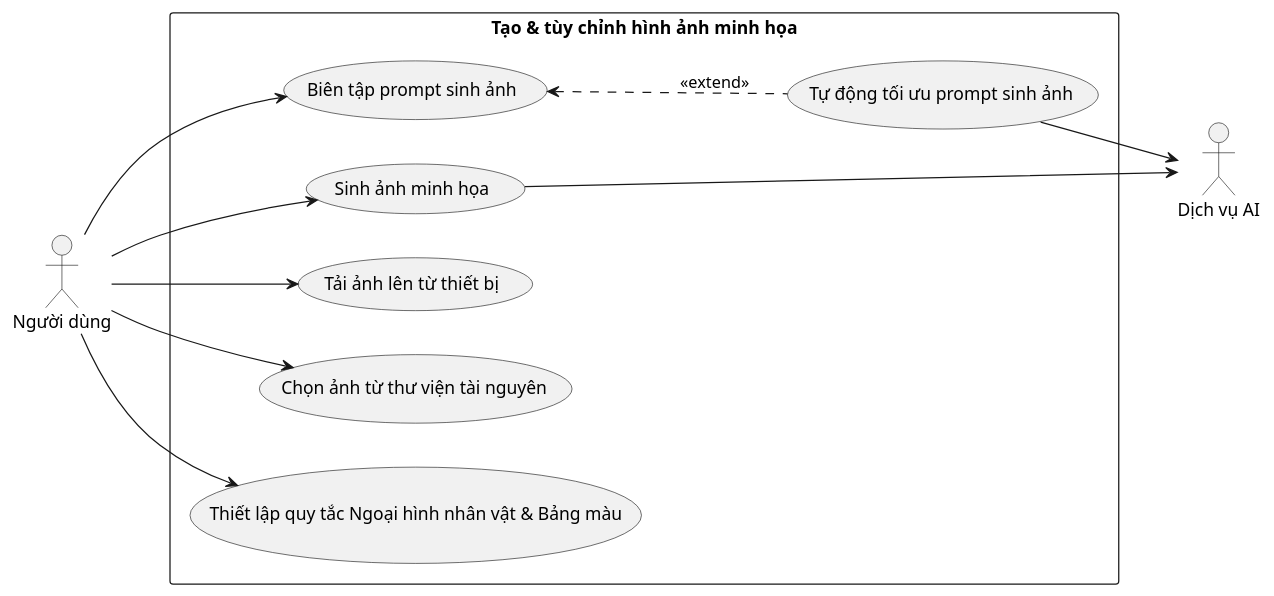
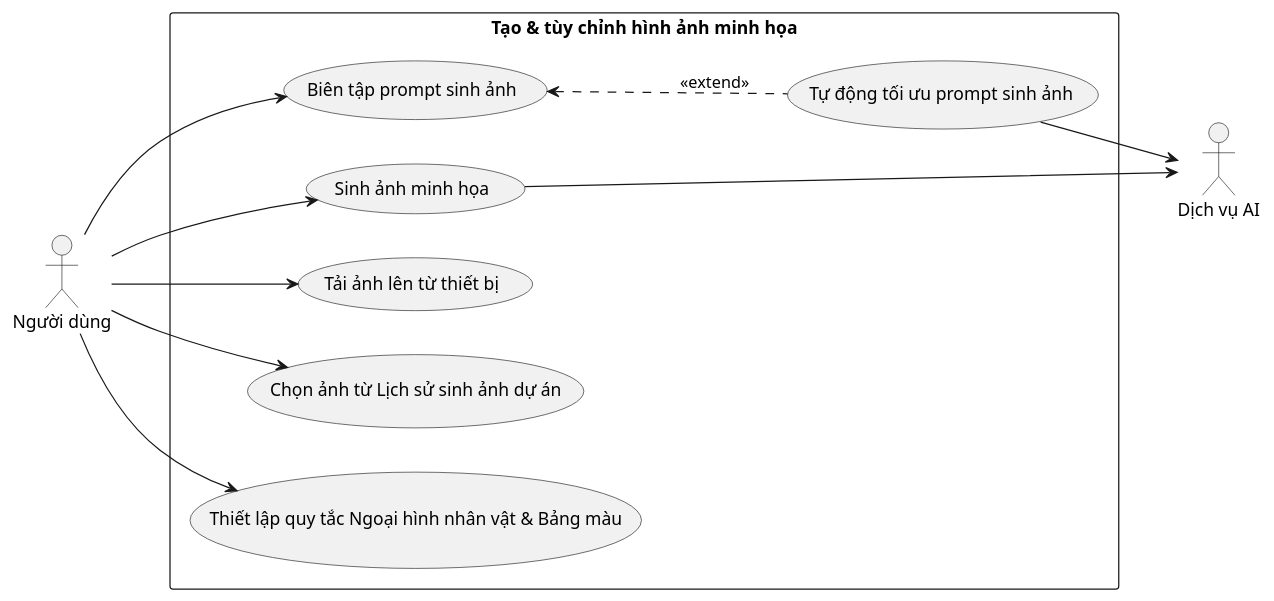
The diagram in docs/bieu-do-uc/bieu-do-uc-chi-tiet/make/tao-va-chinh-sua-phan-canh/tao-va-tuy-chinh-hinh-anh-minh-hoa.puml (202416852-anhpv/story2video-docs), drawn with PlantUML before and after one commit. The commit also changed 2 other files, not shown here.

Commit message:
docs(use-case): cap nhat ghi de giong, dong bo timeline va lich su sinh anh

```diff
--- a/docs/bieu-do-uc/bieu-do-uc-chi-tiet/make/tao-va-chinh-sua-phan-canh/tao-va-tuy-chinh-hinh-anh-minh-hoa.puml
+++ b/docs/bieu-do-uc/bieu-do-uc-chi-tiet/make/tao-va-chinh-sua-phan-canh/tao-va-tuy-chinh-hinh-anh-minh-hoa.puml
@@ -1,27 +1,27 @@
 @startuml tao-va-tuy-chinh-hinh-anh-minh-hoa
 left to right direction
 
 actor "Người dùng" as User
 actor "Dịch vụ AI" as AI_Service
 
 rectangle "Tạo & tùy chỉnh hình ảnh minh họa" {
     usecase "Biên tập prompt sinh ảnh" as UC_01
     usecase "Tự động tối ưu prompt sinh ảnh" as UC_02
     usecase "Sinh ảnh minh họa" as UC_03
     usecase "Tải ảnh lên từ thiết bị" as UC_04
-    usecase "Chọn ảnh từ thư viện tài nguyên" as UC_05
+    usecase "Chọn ảnh từ Lịch sử sinh ảnh dự án" as UC_05
     usecase "Thiết lập quy tắc Ngoại hình nhân vật & Bảng màu" as UC_06
 }
 
 User --> UC_01
 User --> UC_03
 User --> UC_04
 User --> UC_05
 User --> UC_06
 
 UC_01 <.. UC_02 : <<extend>>
 
 UC_02 --> AI_Service
 UC_03 --> AI_Service
 
 @enduml
```
